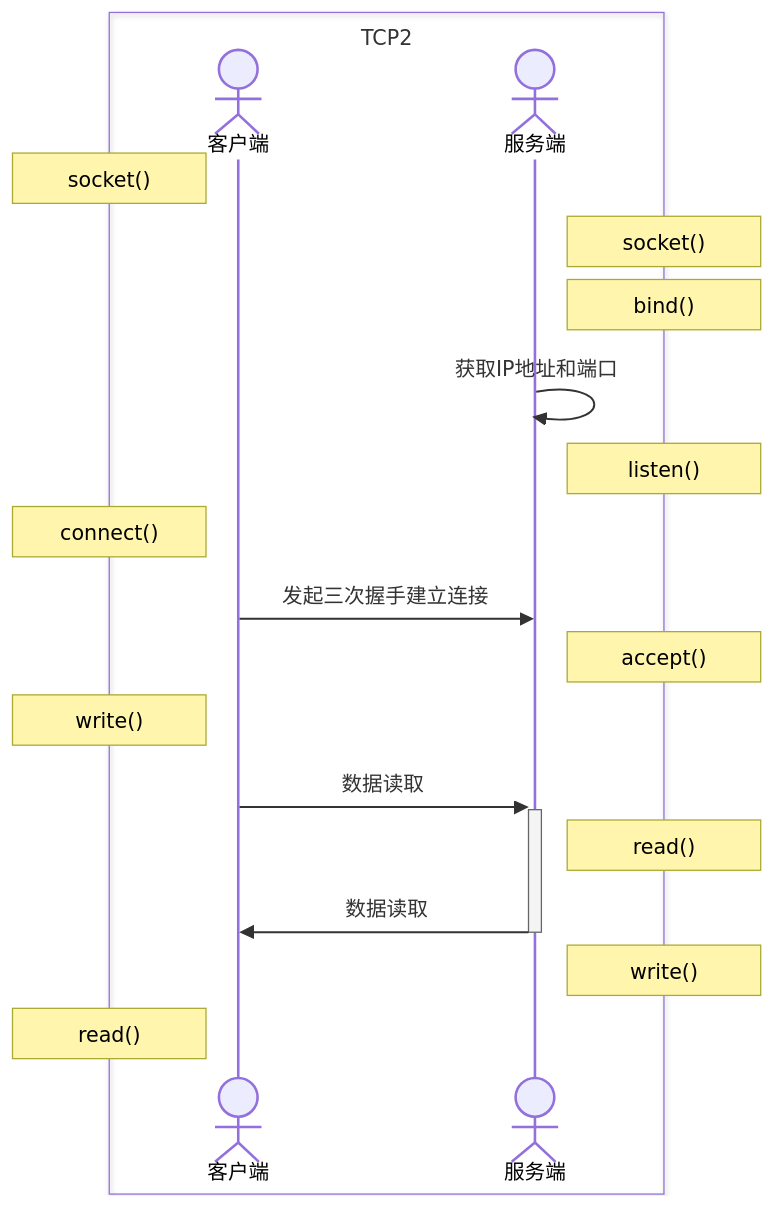
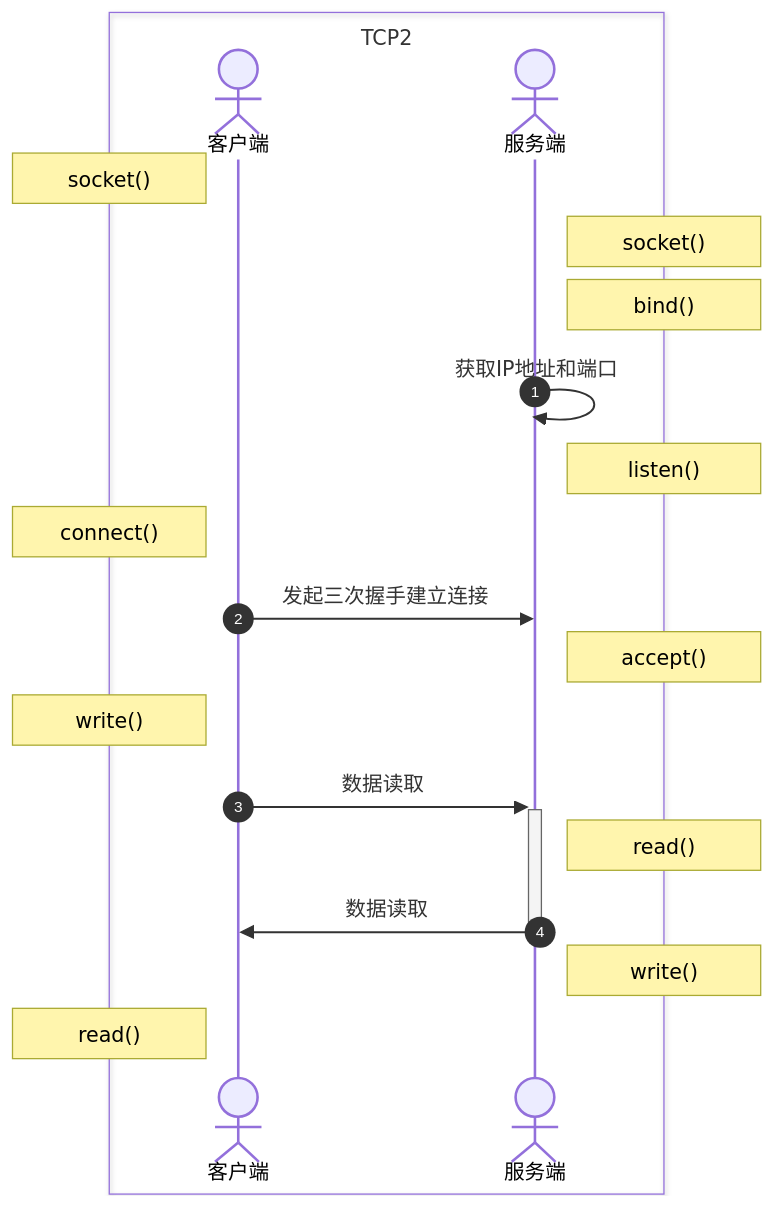
The first of 2 diagrams in lib/底层网络知识之重要的传输层/Socket/index.md (kyriejoshua/network-protocol-notes), drawn with Mermaid before and after one commit. The commit also changed other lines of this file and 7 other files, not shown here.

````diff
--- a/lib/底层网络知识之重要的传输层/Socket/index.md
+++ b/lib/底层网络知识之重要的传输层/Socket/index.md
@@ -44,24 +45,25 @@
 ```mermaid
 sequenceDiagram
+	autonumber
 	box TCP2
     actor 客户端
     actor 服务端
     end
     Note left of 客户端: socket()
 	Note right of 服务端: socket()
 	
 	Note right of 服务端: bind()
 	服务端->>服务端:获取IP地址和端口
 	Note right of 服务端: listen()
 	Note left of 客户端: connect()
 	客户端->>服务端:发起三次握手建立连接
 
     Note right of 服务端: accept()
     Note left of 客户端: write()
     客户端->>+服务端:数据读取 
     Note right of 服务端: read()
     服务端->>-客户端:数据读取 
     Note right of 服务端: write()
     Note left of 客户端: read() 
 
 ```
````
